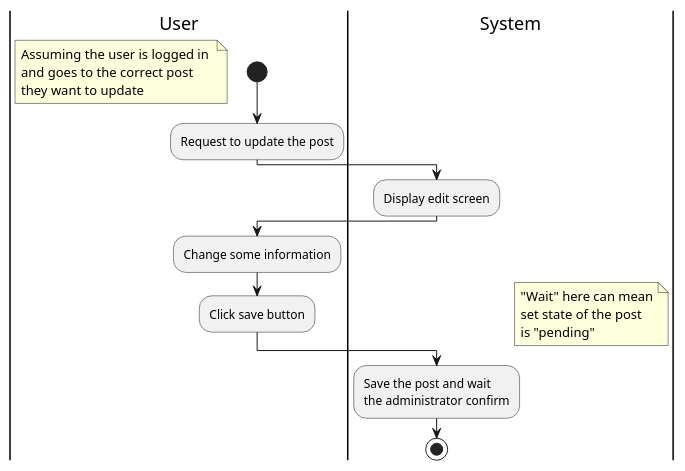
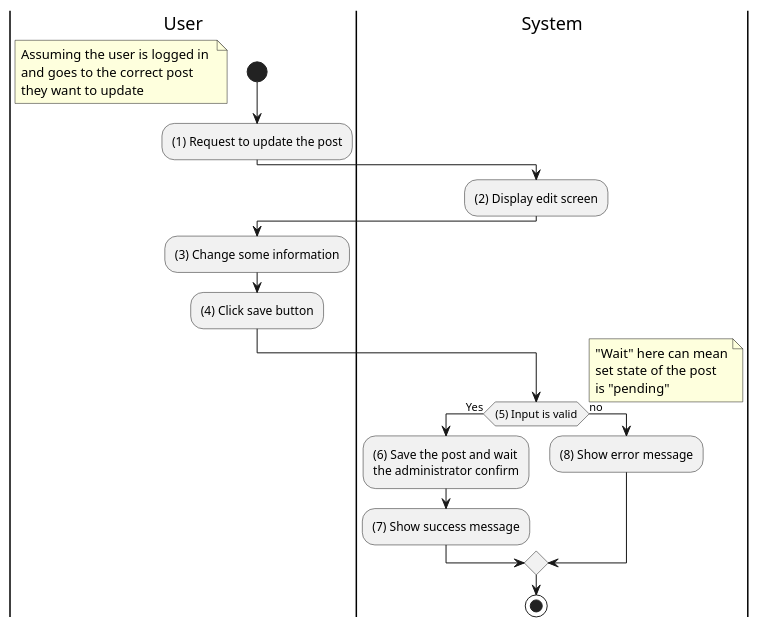
Before and after one commit to doublek2712/SE357-Pratice-class: the diagram in Lab 1.2/puml-code/activity/update-post.puml, drawn with PlantUML. The commit also changed 2 other files, not shown here.

```diff
--- a/Lab 1.2/puml-code/activity/update-post.puml
+++ b/Lab 1.2/puml-code/activity/update-post.puml
@@ -1,24 +1,31 @@
 @startuml
 |User|
 start
 floating note left
 Assuming the user is logged in 
 and goes to the correct post 
 they want to update
 end note
-:Request to update the post;
+:(1) Request to update the post;
 |System|
-:Display edit screen;
+:(2) Display edit screen;
 |User|
-:Change some information;
-:Click save button;
+:(3) Change some information;
+:(4) Click save button;
 |System|
+if ((5) Input is valid) then (Yes)
+
+'|System|
 floating note right
 "Wait" here can mean
 set state of the post
 is "pending"
 end note
-:Save the post and wait 
+:(6) Save the post and wait
 the administrator confirm;
+:(7) Show success message;
+else (no)
+:(8) Show error message;
+endif
 stop
 @enduml
```
